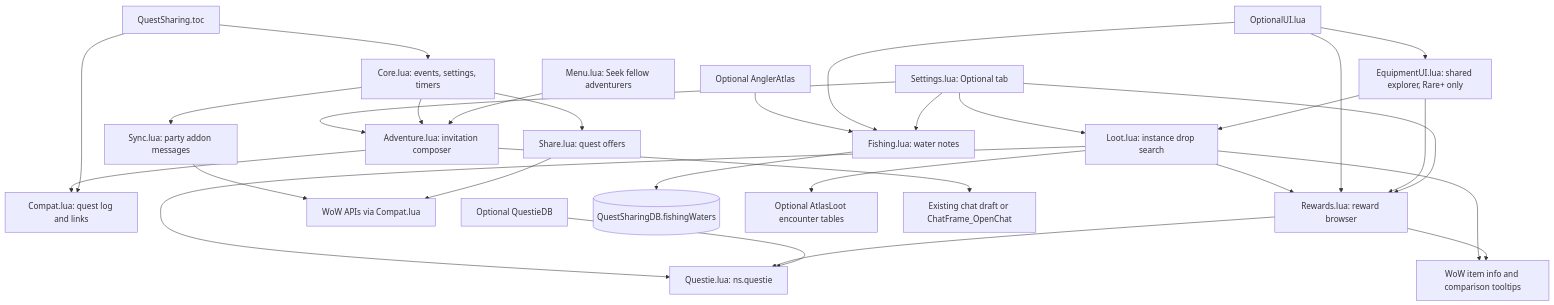
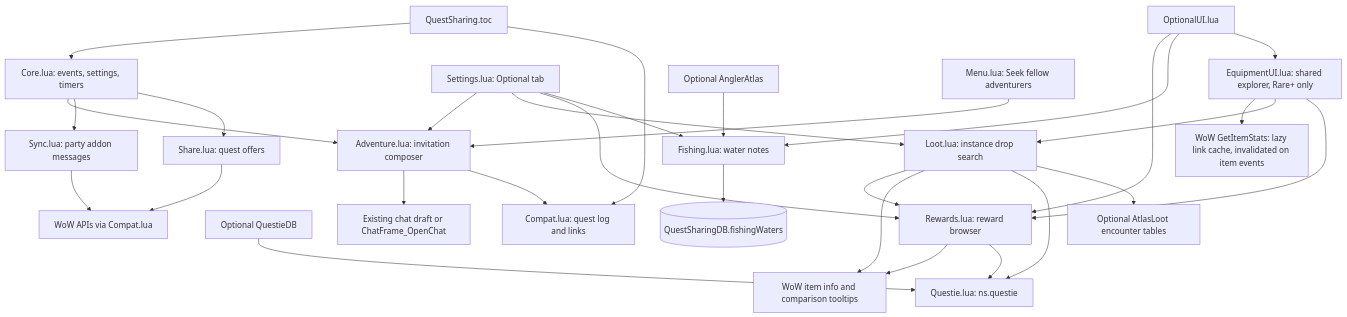
Before and after one commit to YodaGitMaster/QuestSharing: the first of 8 diagrams in context/architecture.md, drawn with Mermaid. The commit also changed other lines of this file and 9 other files, not shown here.

Commit message:
Add shared item stat filters to equipment explorer

````diff
--- a/context/architecture.md
+++ b/context/architecture.md
@@ -86,31 +87,32 @@
 ```mermaid
 flowchart TD
     TOC[QuestSharing.toc] --> Compat[Compat.lua: ns.compat]
     TOC --> Core[Core.lua: events, settings, timers]
     Core --> Share[Share.lua: quest offers]
     Core --> Sync[Sync.lua: party addon messages]
     DB[Optional QuestieDB] --> Q[Questie.lua: ns.questie]
     Share --> API[WoW APIs via Compat.lua]
     Sync --> API
     Settings[Settings.lua: Optional tab] --> Fishing[Fishing.lua: water notes]
     Settings --> Rewards[Rewards.lua: reward browser]
     OptionalUI[OptionalUI.lua] --> Equipment[EquipmentUI.lua: shared explorer, Rare+ only]
     Equipment --> Rewards
     Equipment --> Loot
+    Equipment --> StatAPI[WoW GetItemStats: lazy link cache, invalidated on item events]
     OptionalUI --> Fishing
     OptionalUI --> Rewards
     Fishing --> Waters[(QuestSharingDB.fishingWaters)]
     Atlas[Optional AnglerAtlas] --> Fishing
     Rewards --> Q
     Rewards --> Items[WoW item info and comparison tooltips]
     Settings --> Loot[Loot.lua: instance drop search]
     Loot --> AtlasLoot[Optional AtlasLoot encounter tables]
     Loot --> Q
     Loot --> Items
     Loot --> Rewards
     QuestMenu[Menu.lua: Seek fellow adventurers] --> Adventure[Adventure.lua: invitation composer]
     Core --> Adventure
     Settings --> Adventure
     Adventure --> Compat[Compat.lua: quest log and links]
     Adventure --> Chat[Existing chat draft or ChatFrame_OpenChat]
 ```
````
